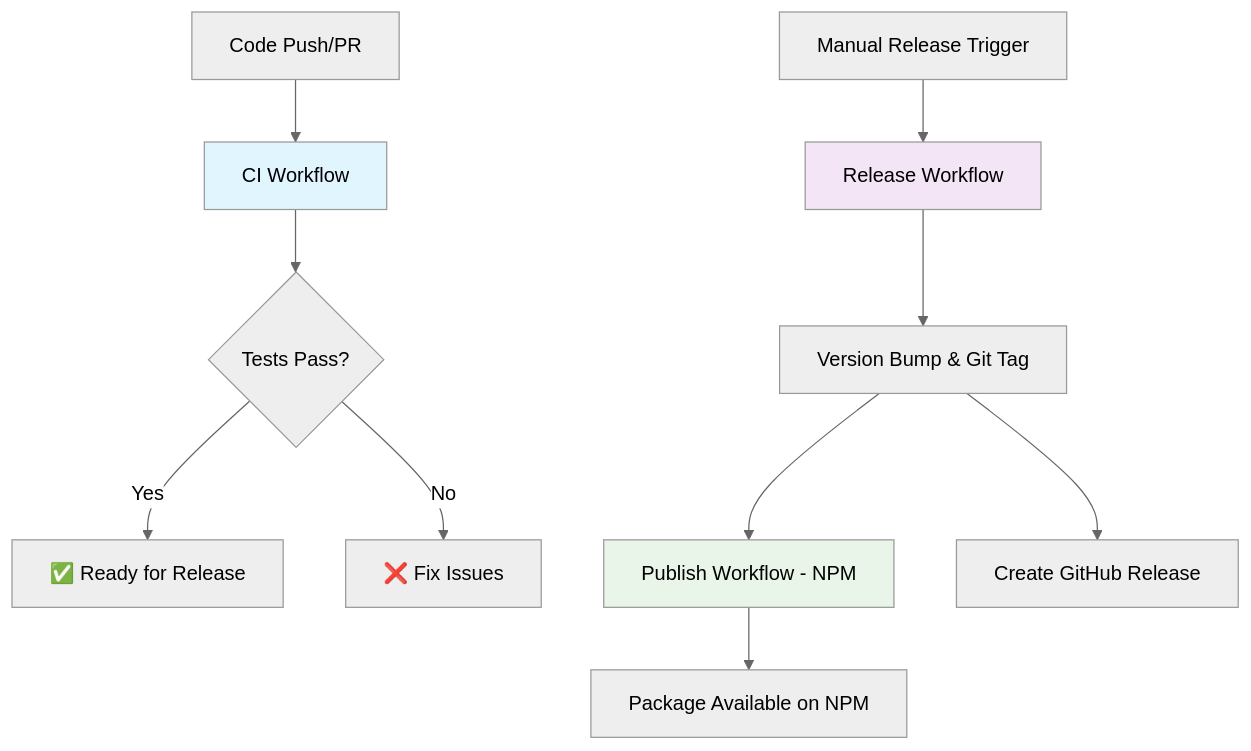
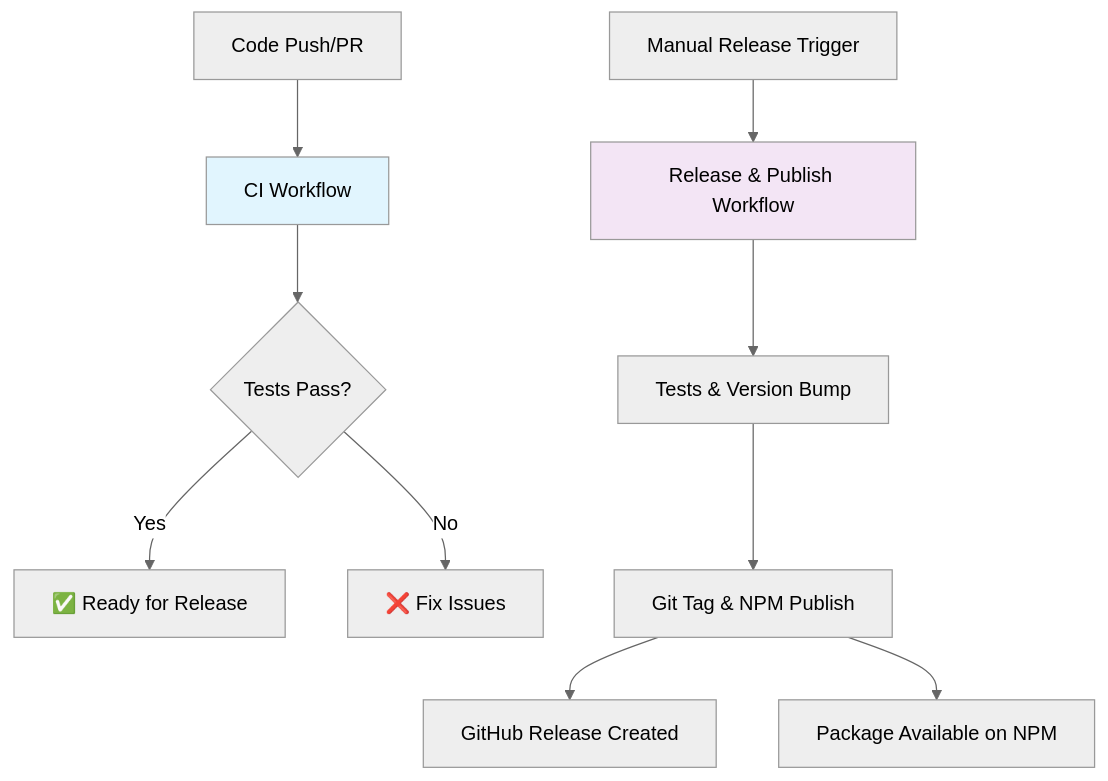
The diagram in .github/WORKFLOWS.md (usertune/usertune.js), drawn with Mermaid (neutral theme) before and after one commit. The commit also changed other lines of this file and 1 other file, not shown here.

````diff
--- a/.github/WORKFLOWS.md
+++ b/.github/WORKFLOWS.md
@@ -52,17 +40,16 @@
 ```mermaid
 graph TD
     A[Code Push/PR] --> B[CI Workflow]
     B --> C{Tests Pass?}
     C -->|Yes| D[✅ Ready for Release]
     C -->|No| E[❌ Fix Issues]
     
-    F[Manual Release Trigger] --> G[Release Workflow]
-    G --> H[Version Bump & Git Tag]
-    H --> I[Publish Workflow - NPM]
-    H --> J[Create GitHub Release]
+    F[Manual Release Trigger] --> G[Release & Publish Workflow]
+    G --> H[Tests & Version Bump]
+    H --> I[Git Tag & NPM Publish]
+    I --> J[GitHub Release Created]
     I --> K[Package Available on NPM]
     
     style B fill:#e1f5fe
     style G fill:#f3e5f5
-    style I fill:#e8f5e8
 ```
````
